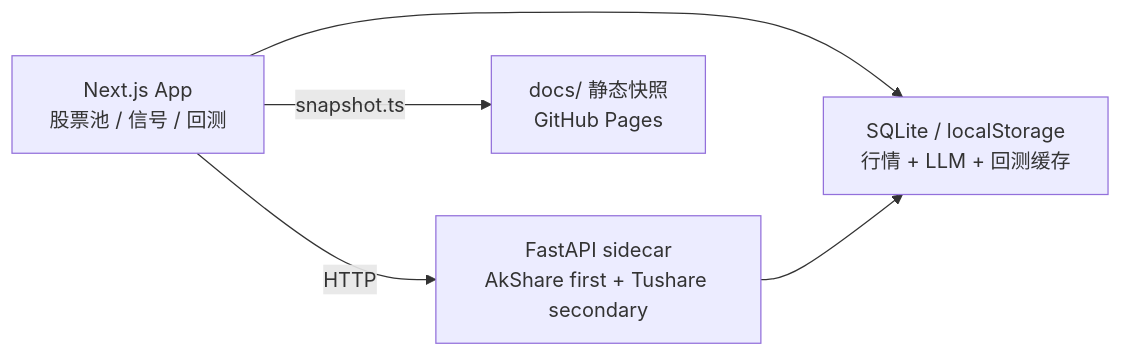
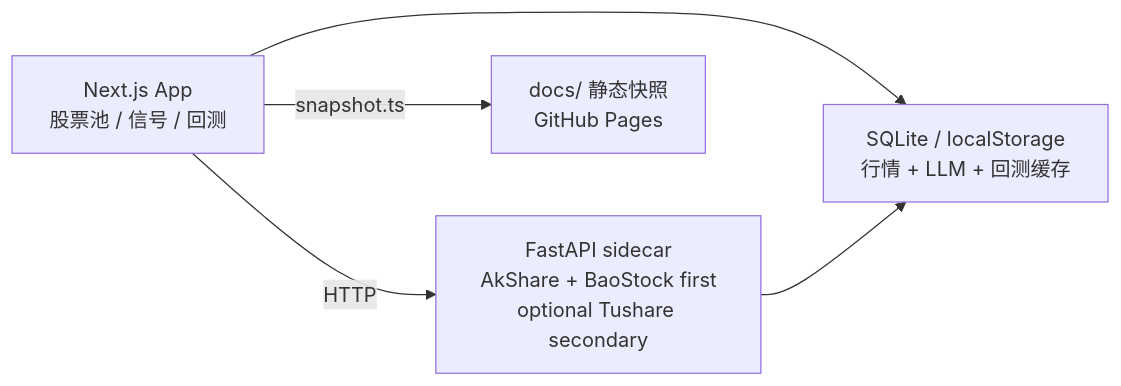
The diagram in README.md (topkyo/ai-infra-research-template), drawn with Mermaid before and after one commit. The commit also changed other lines of this file and 10 other files, not shown here.

````diff
--- a/README.md
+++ b/README.md
@@ -34,12 +34,12 @@
 ```mermaid
 flowchart LR
   web["Next.js App<br/>股票池 / 信号 / 回测"]
-  py["FastAPI sidecar<br/>AkShare first + Tushare secondary"]
+  py["FastAPI sidecar<br/>AkShare + BaoStock first<br/>optional Tushare secondary"]
   cache["SQLite / localStorage<br/>行情 + LLM + 回测缓存"]
   docs["docs/ 静态快照<br/>GitHub Pages"]
 
   web -- HTTP --> py
   web --> cache
   py --> cache
   web -- snapshot.ts --> docs
 ```
````
